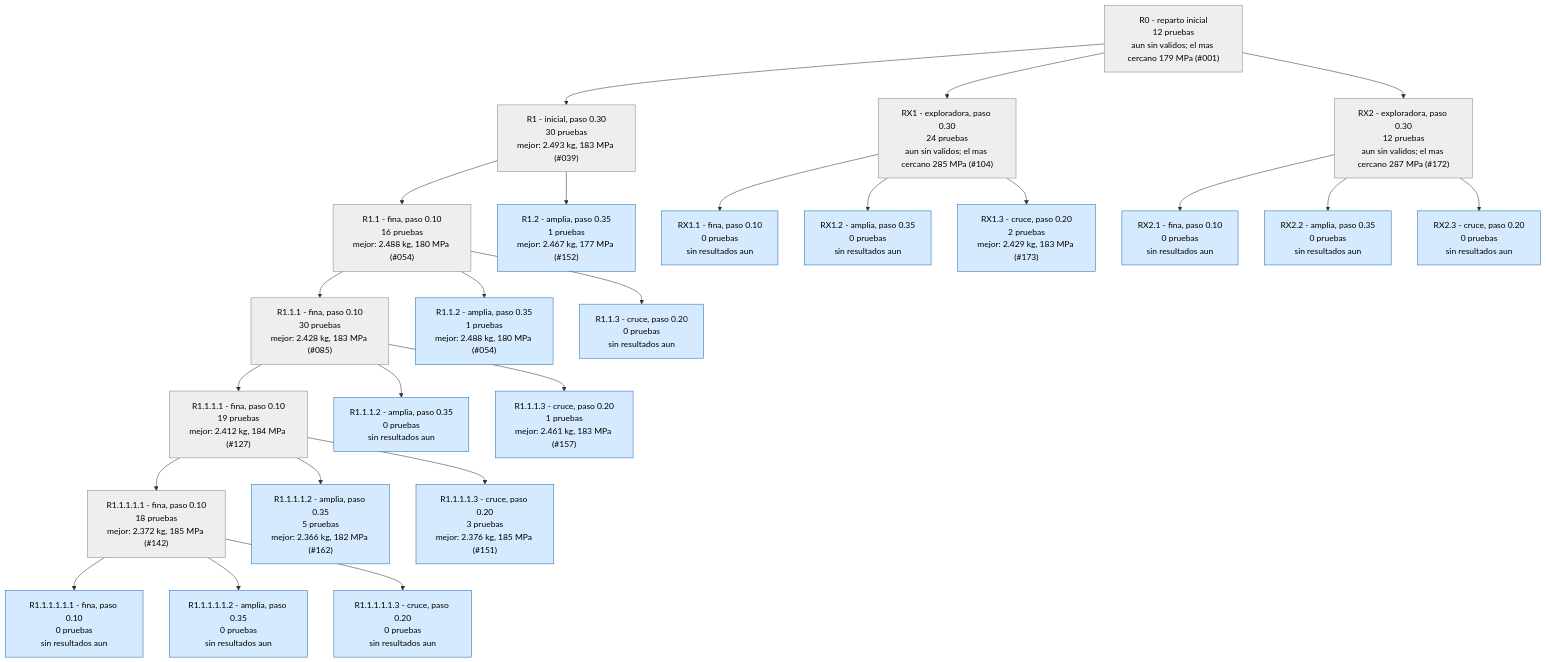
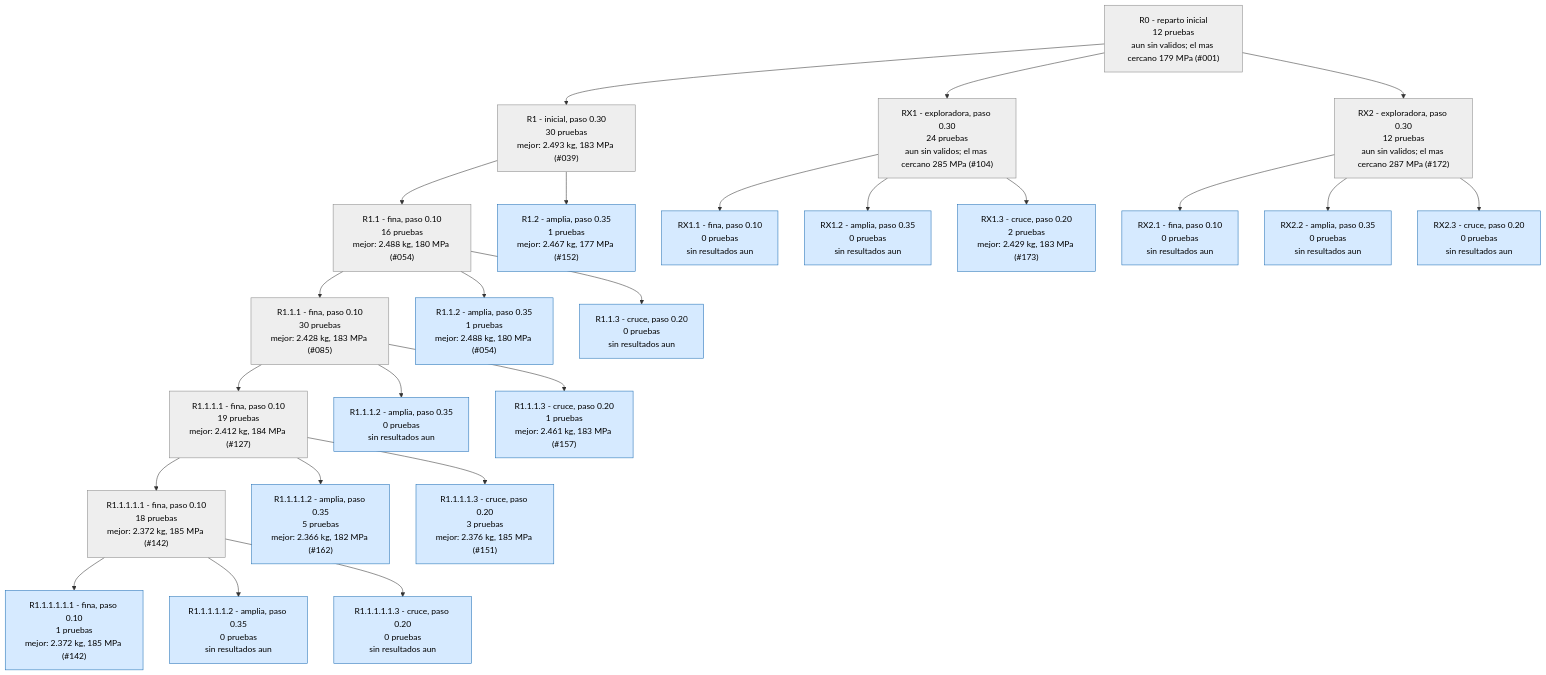
One commit to Hugiko/msd-soporte-optimizacion changed the second of 4 diagrams in runs/opt_37800N/ARBOL.md. Above: the diagram before and after it, drawn with Mermaid. The commit also changed 22 other files, not shown here.

````diff
--- a/runs/opt_37800N/ARBOL.md
+++ b/runs/opt_37800N/ARBOL.md
@@ -29,53 +29,53 @@
 ```mermaid
 graph TD
 classDef activa fill:#d6eaff,stroke:#1f6fb5,color:#000
 classDef fin fill:#eeeeee,stroke:#888,color:#000
 classDef mejor fill:#c8f0c0,stroke:#1a9850,stroke-width:4px,color:#000
 R0["R0 - reparto inicial<br/>12 pruebas<br/>aun sin validos; el mas cercano 179 MPa (#001)"]:::fin
 R1["R1 - inicial, paso 0.30<br/>30 pruebas<br/>mejor: 2.493 kg, 183 MPa (#039)"]:::fin
 R0 --> R1
 R1_1["R1.1 - fina, paso 0.10<br/>16 pruebas<br/>mejor: 2.488 kg, 180 MPa (#054)"]:::fin
 R1 --> R1_1
 R1_2["R1.2 - amplia, paso 0.35<br/>1 pruebas<br/>mejor: 2.467 kg, 177 MPa (#152)"]:::activa
 R1 --> R1_2
 R1_1_1["R1.1.1 - fina, paso 0.10<br/>30 pruebas<br/>mejor: 2.428 kg, 183 MPa (#085)"]:::fin
 R1_1 --> R1_1_1
 R1_1_2["R1.1.2 - amplia, paso 0.35<br/>1 pruebas<br/>mejor: 2.488 kg, 180 MPa (#054)"]:::activa
 R1_1 --> R1_1_2
 R1_1_3["R1.1.3 - cruce, paso 0.20<br/>0 pruebas<br/>sin resultados aun"]:::activa
 R1_1 --> R1_1_3
 R1_1_1_1["R1.1.1.1 - fina, paso 0.10<br/>19 pruebas<br/>mejor: 2.412 kg, 184 MPa (#127)"]:::fin
 R1_1_1 --> R1_1_1_1
 R1_1_1_2["R1.1.1.2 - amplia, paso 0.35<br/>0 pruebas<br/>sin resultados aun"]:::activa
 R1_1_1 --> R1_1_1_2
 R1_1_1_3["R1.1.1.3 - cruce, paso 0.20<br/>1 pruebas<br/>mejor: 2.461 kg, 183 MPa (#157)"]:::activa
 R1_1_1 --> R1_1_1_3
 RX1["RX1 - exploradora, paso 0.30<br/>24 pruebas<br/>aun sin validos; el mas cercano 285 MPa (#104)"]:::fin
 R0 --> RX1
 RX1_1["RX1.1 - fina, paso 0.10<br/>0 pruebas<br/>sin resultados aun"]:::activa
 RX1 --> RX1_1
 RX1_2["RX1.2 - amplia, paso 0.35<br/>0 pruebas<br/>sin resultados aun"]:::activa
 RX1 --> RX1_2
 RX1_3["RX1.3 - cruce, paso 0.20<br/>2 pruebas<br/>mejor: 2.429 kg, 183 MPa (#173)"]:::activa
 RX1 --> RX1_3
 R1_1_1_1_1["R1.1.1.1.1 - fina, paso 0.10<br/>18 pruebas<br/>mejor: 2.372 kg, 185 MPa (#142)"]:::fin
 R1_1_1_1 --> R1_1_1_1_1
 R1_1_1_1_2["R1.1.1.1.2 - amplia, paso 0.35<br/>5 pruebas<br/>mejor: 2.366 kg, 182 MPa (#162)"]:::activa
 R1_1_1_1 --> R1_1_1_1_2
 R1_1_1_1_3["R1.1.1.1.3 - cruce, paso 0.20<br/>3 pruebas<br/>mejor: 2.376 kg, 185 MPa (#151)"]:::activa
 R1_1_1_1 --> R1_1_1_1_3
-R1_1_1_1_1_1["R1.1.1.1.1.1 - fina, paso 0.10<br/>0 pruebas<br/>sin resultados aun"]:::activa
+R1_1_1_1_1_1["R1.1.1.1.1.1 - fina, paso 0.10<br/>1 pruebas<br/>mejor: 2.372 kg, 185 MPa (#142)"]:::activa
 R1_1_1_1_1 --> R1_1_1_1_1_1
 R1_1_1_1_1_2["R1.1.1.1.1.2 - amplia, paso 0.35<br/>0 pruebas<br/>sin resultados aun"]:::activa
 R1_1_1_1_1 --> R1_1_1_1_1_2
 R1_1_1_1_1_3["R1.1.1.1.1.3 - cruce, paso 0.20<br/>0 pruebas<br/>sin resultados aun"]:::activa
 R1_1_1_1_1 --> R1_1_1_1_1_3
 RX2["RX2 - exploradora, paso 0.30<br/>12 pruebas<br/>aun sin validos; el mas cercano 287 MPa (#172)"]:::fin
 R0 --> RX2
 RX2_1["RX2.1 - fina, paso 0.10<br/>0 pruebas<br/>sin resultados aun"]:::activa
 RX2 --> RX2_1
 RX2_2["RX2.2 - amplia, paso 0.35<br/>0 pruebas<br/>sin resultados aun"]:::activa
 RX2 --> RX2_2
 RX2_3["RX2.3 - cruce, paso 0.20<br/>0 pruebas<br/>sin resultados aun"]:::activa
 RX2 --> RX2_3
 ```
````
